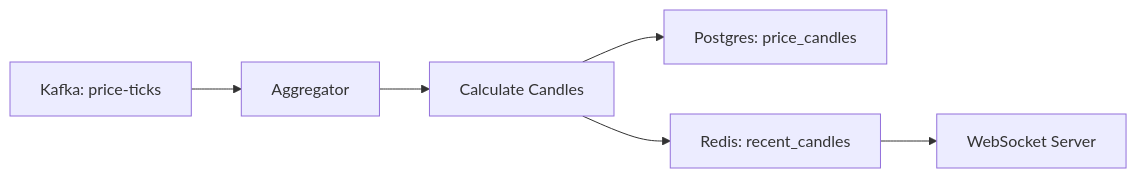
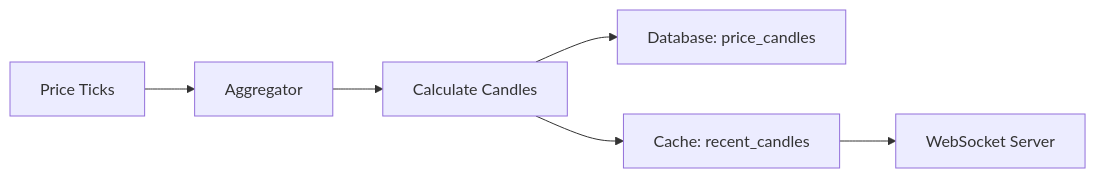
The fifth of 7 diagrams in doc/Features.md (HCMUS-Software-Architecture/Back-end), drawn with Mermaid before and after one commit. The commit also changed other lines of this file and 6 other files, not shown here.

Commit message:
Restructure documentation with evolutionary architecture and separate operations guide

````diff
--- a/doc/Features.md
+++ b/doc/Features.md
@@ -122,8 +181,8 @@
 ```mermaid
 flowchart LR
-  Kt[Kafka: price-ticks] --> AG[Aggregator]
+  Kt[Price Ticks] --> AG[Aggregator]
   AG --> Calc[Calculate Candles]
-  Calc --> PC[Postgres: price_candles]
-  Calc --> Rd[Redis: recent_candles]
+  Calc --> PC[Database: price_candles]
+  Calc --> Rd[Cache: recent_candles]
   Rd --> WS[WebSocket Server]
 ```
````
